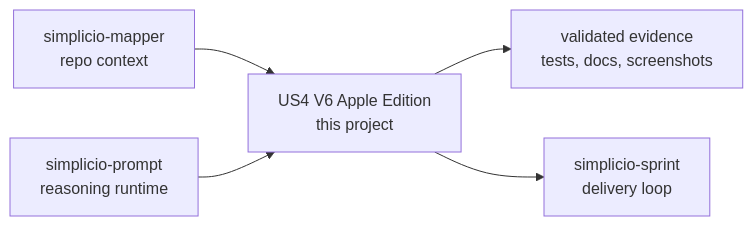
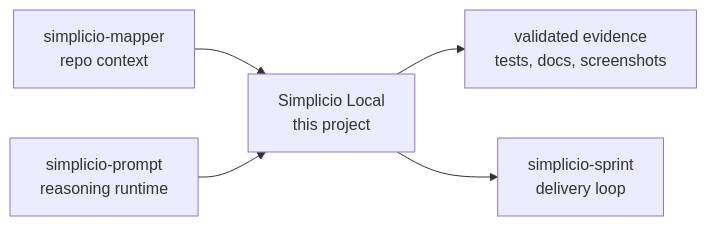
The diagram in README.pt-BR.md (wesleysimplicio/simplicio-local), drawn with Mermaid before and after one commit. The commit also changed other lines of this file and 29 other files, not shown here.

First line of the commit message:
finish simplicio-local runtime contracts (#188)

````diff
--- a/README.pt-BR.md
+++ b/README.pt-BR.md
@@ -62,12 +66,12 @@
 ```mermaid
 flowchart LR
   mapper["simplicio-mapper
-repo context"] --> current["US4 V6 Apple Edition
+repo context"] --> current["Simplicio Local
 this project"]
   prompt["simplicio-prompt
 reasoning runtime"] --> current
   current --> evidence["validated evidence
 tests, docs, screenshots"]
   current --> sprint["simplicio-sprint
 delivery loop"]
 ```
````
